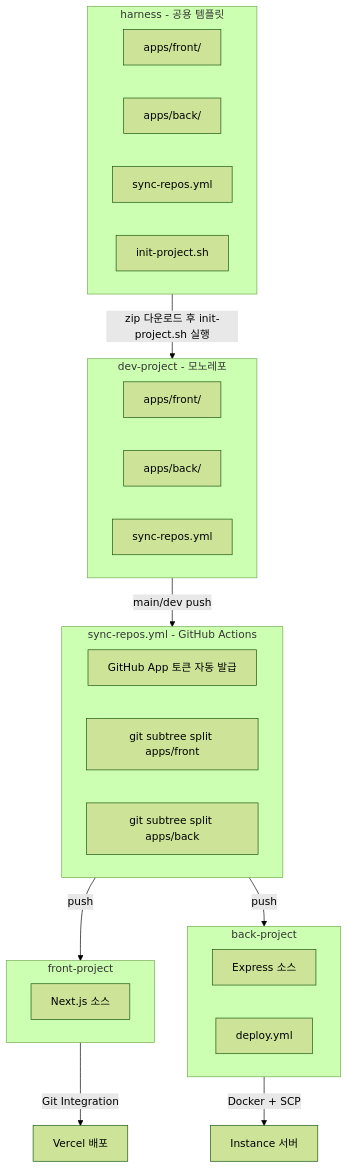
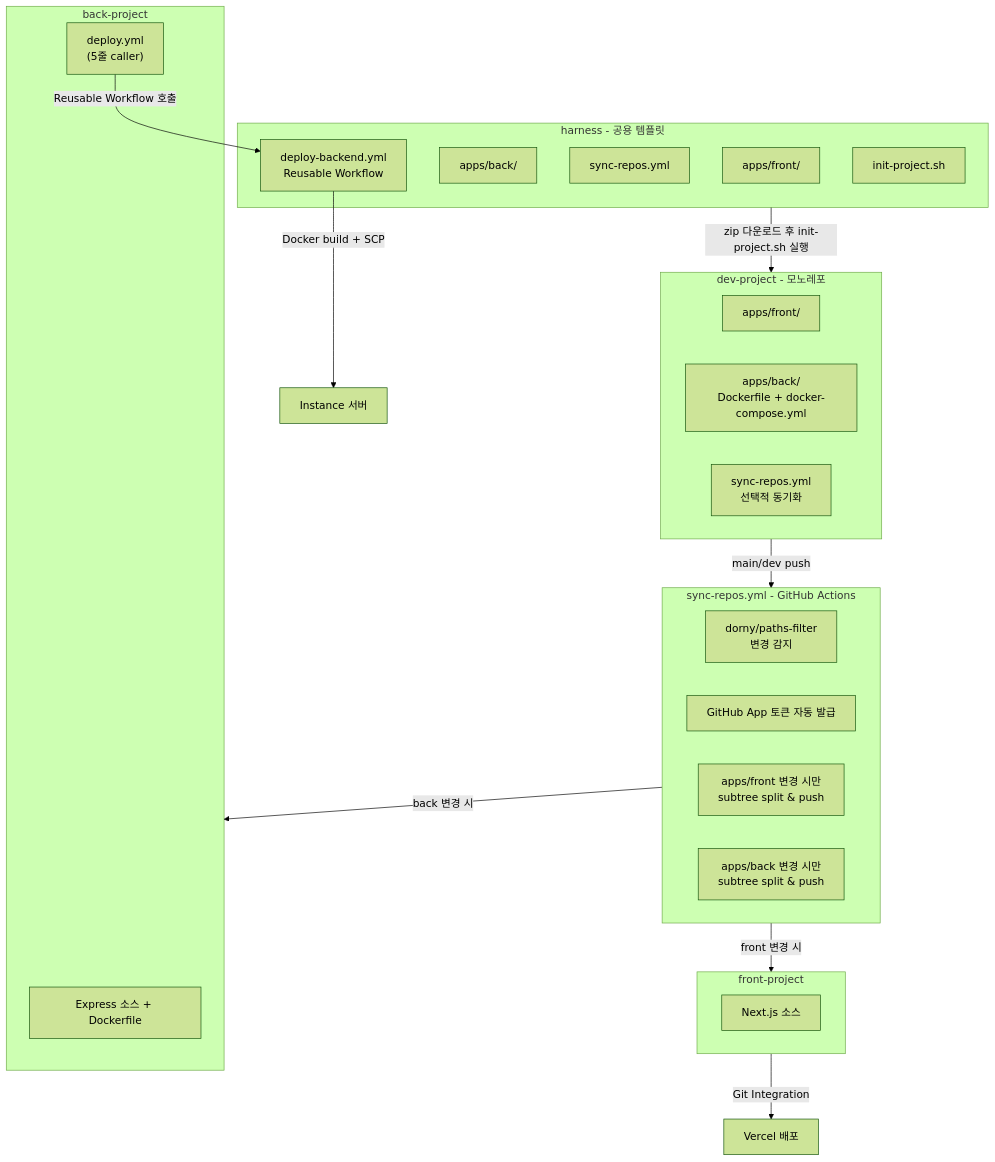
Before and after one commit to BaGyun0107/harness-starterkit: the first of 8 diagrams in docs/PIPELINE-GUIDE.md, drawn with Mermaid (forest theme). The commit also changed other lines of this file, not shown here.

First line of the commit message:
docs: 파이프라인 가이드 업데이트 (선택적 동기화, Reusable Workflow, 환경변수 관리)

````diff
--- a/docs/PIPELINE-GUIDE.md
+++ b/docs/PIPELINE-GUIDE.md
@@ -5,42 +5,45 @@
 ```mermaid
 graph TB
     subgraph TEMPLATE["harness - 공용 템플릿"]
         T_FRONT[apps/front/]
         T_BACK[apps/back/]
         T_SYNC[sync-repos.yml]
+        T_DEPLOY_REUSE[deploy-backend.yml<br/>Reusable Workflow]
         T_INIT[init-project.sh]
     end
 
     TEMPLATE -->|"zip 다운로드 후 init-project.sh 실행"| DEV
 
     subgraph DEV["dev-project - 모노레포"]
         D_FRONT[apps/front/]
-        D_BACK[apps/back/]
-        D_SYNC[sync-repos.yml]
+        D_BACK[apps/back/<br/>Dockerfile + docker-compose.yml]
+        D_SYNC[sync-repos.yml<br/>선택적 동기화]
     end
 
     DEV -->|"main/dev push"| SYNC
 
     subgraph SYNC["sync-repos.yml - GitHub Actions"]
+        S_DETECT["dorny/paths-filter<br/>변경 감지"]
         S_TOKEN["GitHub App 토큰 자동 발급"]
-        S_SPLIT_F["git subtree split apps/front"]
-        S_SPLIT_B["git subtree split apps/back"]
+        S_SPLIT_F["apps/front 변경 시만<br/>subtree split & push"]
+        S_SPLIT_B["apps/back 변경 시만<br/>subtree split & push"]
     end
 
-    SYNC -->|push| FRONT_REPO
-    SYNC -->|push| BACK_REPO
+    SYNC -->|"front 변경 시"| FRONT_REPO
+    SYNC -->|"back 변경 시"| BACK_REPO
 
     subgraph FRONT_REPO["front-project"]
         F_CODE[Next.js 소스]
     end
 
     subgraph BACK_REPO["back-project"]
-        B_CODE[Express 소스]
-        B_DEPLOY[deploy.yml]
+        B_CODE[Express 소스 + Dockerfile]
+        B_CALLER["deploy.yml<br/>(5줄 caller)"]
     end
 
     FRONT_REPO -->|"Git Integration"| VERCEL["Vercel 배포"]
-    BACK_REPO -->|"Docker + SCP"| SERVER["Instance 서버"]
+    B_CALLER -->|"Reusable Workflow 호출"| T_DEPLOY_REUSE
+    T_DEPLOY_REUSE -->|"Docker build + SCP"| SERVER["Instance 서버"]
 
     
 ```
````
